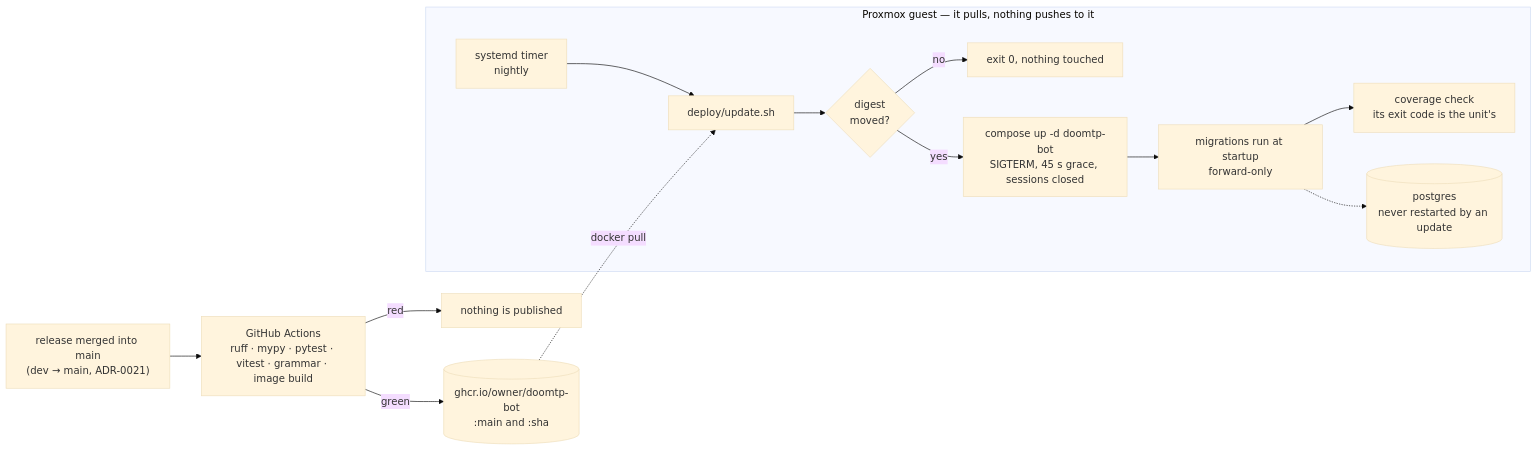
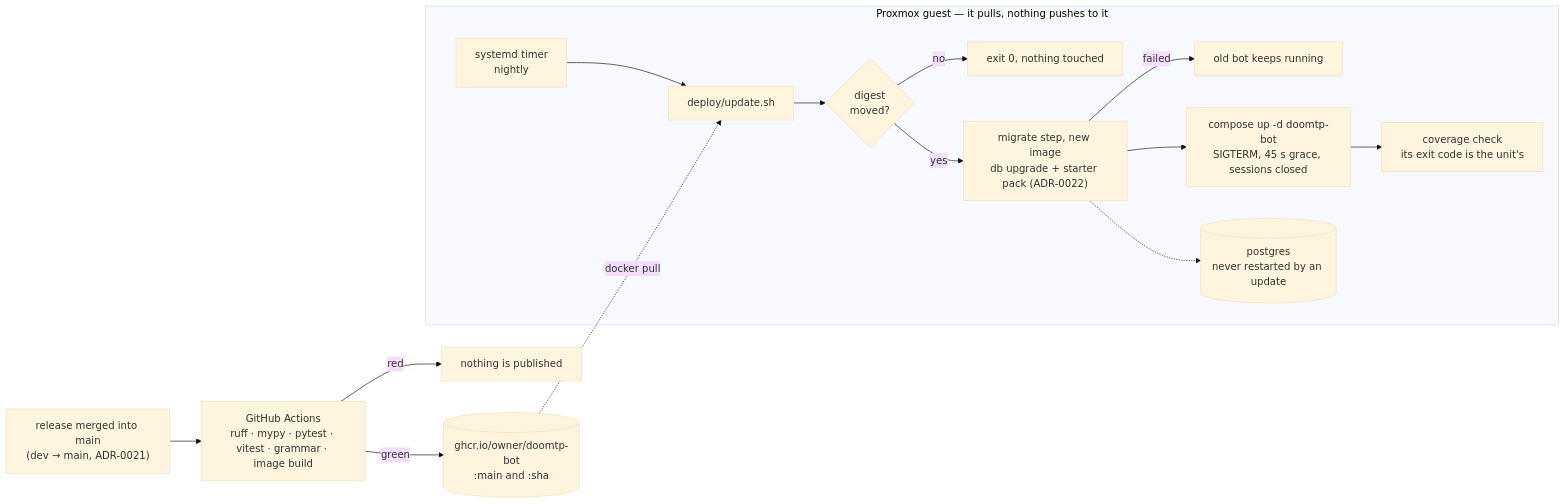
The second of 2 diagrams in docs/architecture.md (vEXOULZ/doomtp-bot), drawn with Mermaid (base theme) before and after one commit. The commit also changed other lines of this file and 37 other files, not shown here.

First line of the commit message:
Run migrations with Alembic, in a migrate step before the bot

````diff
--- a/docs/architecture.md
+++ b/docs/architecture.md
@@ -721,19 +721,20 @@
 ```mermaid
 flowchart LR
     push["release merged into main<br/>(dev → main, ADR-0021)"] --> ci["GitHub Actions<br/>ruff · mypy · pytest · vitest · grammar · image build"]
     ci -->|red| none["nothing is published"]
     ci -->|green| ghcr[("ghcr.io/owner/doomtp-bot<br/>:main and :sha")]
 
     subgraph guest["Proxmox guest — it pulls, nothing pushes to it"]
         timer["systemd timer<br/>nightly"] --> upd["deploy/update.sh"]
         upd --> moved{"digest<br/>moved?"}
         moved -->|no| done["exit 0, nothing touched"]
-        moved -->|yes| restart["compose up -d doomtp-bot<br/>SIGTERM, 45 s grace, sessions closed"]
-        restart --> migrate["migrations run at startup<br/>forward-only"]
-        migrate --> cov["coverage check<br/>its exit code is the unit's"]
+        moved -->|yes| migrate["migrate step, new image<br/>db upgrade + starter pack (ADR-0022)"]
+        migrate -->|failed| old["old bot keeps running"]
+        migrate --> restart["compose up -d doomtp-bot<br/>SIGTERM, 45 s grace, sessions closed"]
+        restart --> cov["coverage check<br/>its exit code is the unit's"]
         pg[("postgres<br/>never restarted by an update")]
         migrate -.-> pg
     end
 
     ghcr -.->|docker pull| upd
 ```
````
